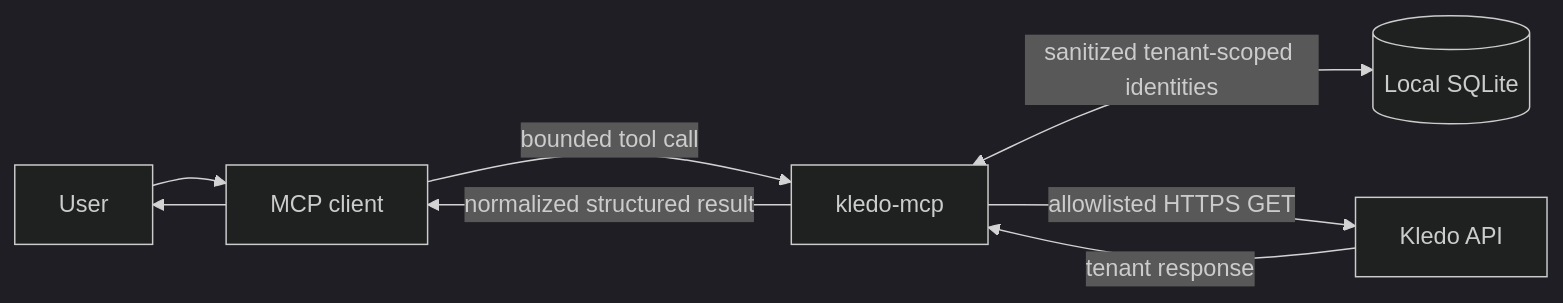
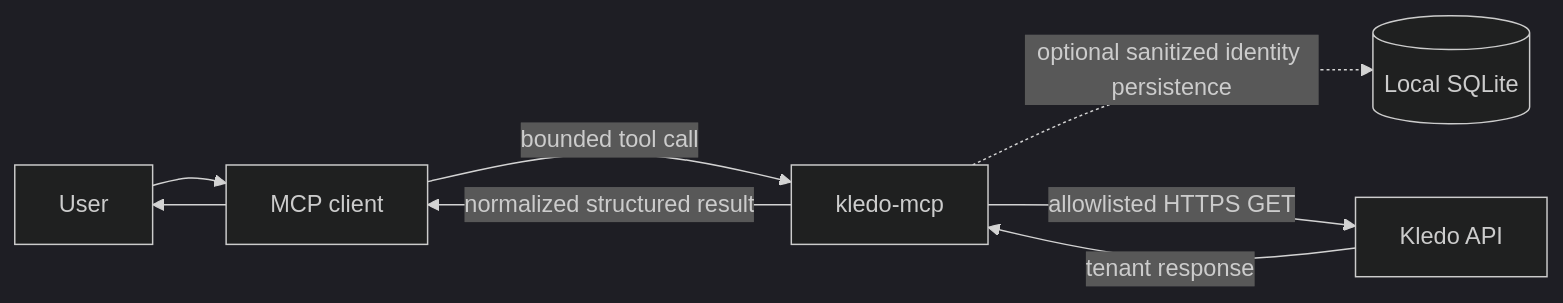
Before and after one commit to kevzakaria/kledo-mcp: the first of 2 diagrams in docs/architecture.md, drawn with Mermaid (dark theme). The commit also changed other lines of this file and 1 other file, not shown here.

Commit message:
docs: describe SQLite as opt-in

````diff
--- a/docs/architecture.md
+++ b/docs/architecture.md
@@ -9,10 +9,10 @@
 ```mermaid
 flowchart LR
     U[User] --> C[MCP client]
     C -->|bounded tool call| M[kledo-mcp]
-    M <-->|sanitized tenant-scoped identities| S[(Local SQLite)]
+    M -.->|optional sanitized identity persistence| S[(Local SQLite)]
     M -->|allowlisted HTTPS GET| K[Kledo API]
     K -->|tenant response| M
     M -->|normalized structured result| C
     C --> U
 ```
````
